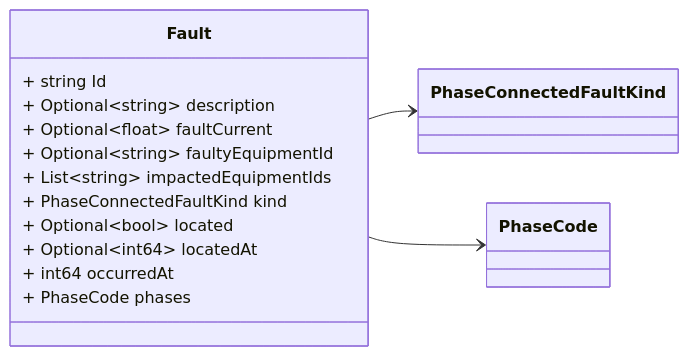
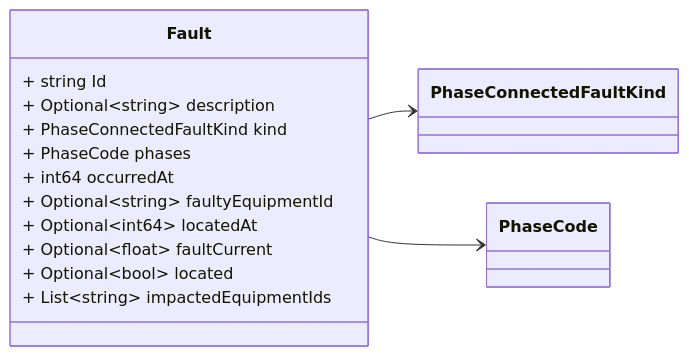
Before and after one commit to zaphiro-technologies/protobuf: the third of 5 diagrams in docs/fault.proto.md, drawn with Mermaid. The commit also changed other lines of this file and 12 other files, not shown here.

First line of the commit message:
Replace custom proto-gen-md-diagrams with official one (#50)

````diff
--- a/docs/fault.proto.md
+++ b/docs/fault.proto.md
@@ -152,30 +152,30 @@
 ```mermaid
 classDiagram
 direction LR
 
 %% Abnormal condition causing current flow through conducting equipment, such as caused by equipment failure or short circuits from objects not typically modelled (for example, a tree falling on a line).
 %% 
 %% This message is modeled after [CIM Fault](https://zepben.github.io/evolve/docs/cim/cim100/TC57CIM/IEC61970/Base/Faults/Fault) according to the extensions defined in the [fault-data-storage](https://github.com/zaphiro-technologies/architecture/blob/main/features/31-fault-data-storage.md#data-structures) feature.
 %% 
 %% Headers used in rabbitMQ:
 %% * `id` (string): id of the `Fault`
 %% * `type` (string): always `Fault`
 %% * `producerId` (string): the id of the producer (e.g. a PMU) linked to the notification.
 %% 
 
 class Fault {
   + string Id
   + Optional~string~ description
+  + PhaseConnectedFaultKind kind
+  + PhaseCode phases
+  + int64 occurredAt
+  + Optional~string~ faultyEquipmentId
+  + Optional~int64~ locatedAt
   + Optional~float~ faultCurrent
-  + Optional~string~ faultyEquipmentId
+  + Optional~bool~ located
   + List~string~ impactedEquipmentIds
-  + PhaseConnectedFaultKind kind
-  + Optional~bool~ located
-  + Optional~int64~ locatedAt
-  + int64 occurredAt
-  + PhaseCode phases
 }
 Fault --> `PhaseConnectedFaultKind`
 Fault --> `PhaseCode`
 
 ```
````
